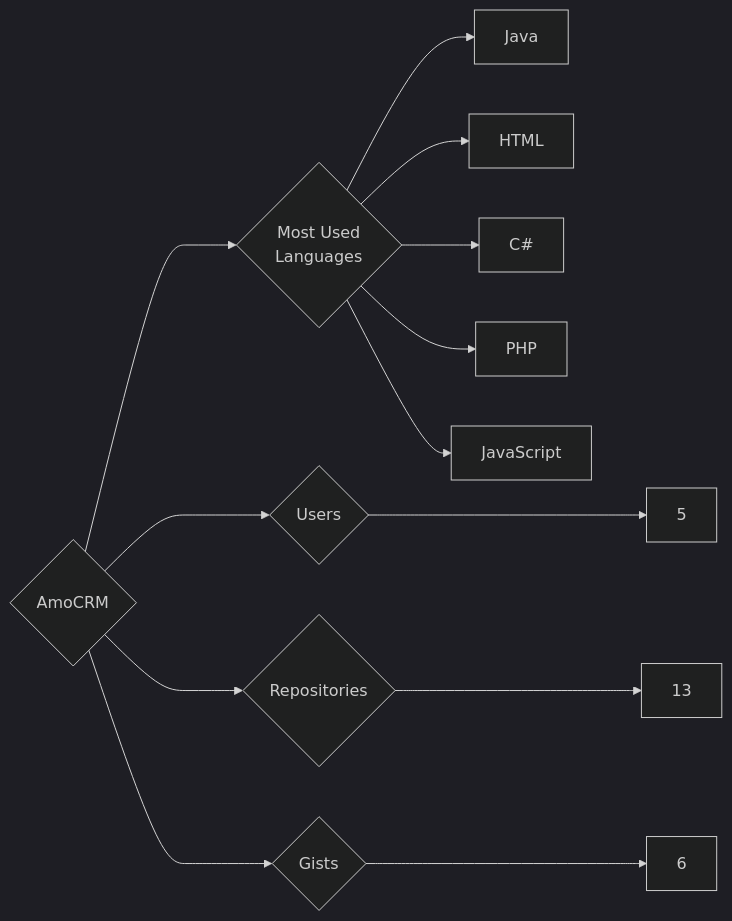
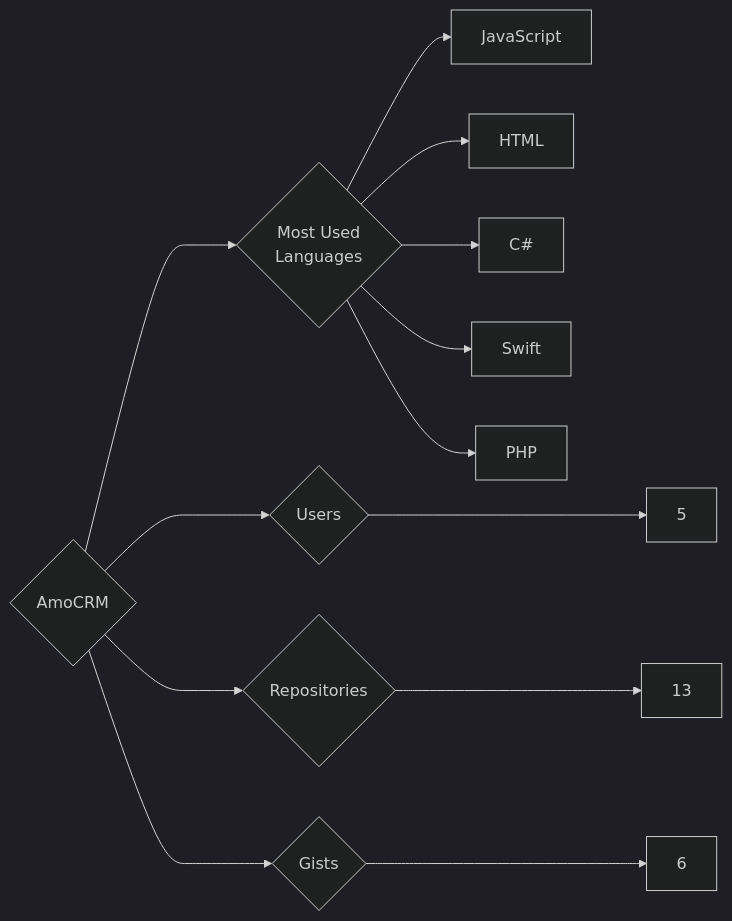
Before and after one commit to trickest/insiders: the diagram in targets/AmoCRM/README.md, drawn with Mermaid (dark theme). The commit also changed 988 other files, not shown here.

````diff
--- a/targets/AmoCRM/README.md
+++ b/targets/AmoCRM/README.md
@@ -3,13 +3,13 @@
 ```mermaid
 graph LR
 COMPANY_NAME{AmoCRM}
 COMPANY_NAME ---> U{Users} ---> UN[5]
 COMPANY_NAME ---> R{Repositories} ---> RN[13]
 COMPANY_NAME ---> G{Gists} ---> GN[6]
 COMPANY_NAME ---> ML{Most Used<br>Languages}
-ML --> Java[Java]
+ML --> JavaScript[JavaScript]
 ML --> HTML[HTML]
 ML --> C#[C#]
+ML --> Swift[Swift]
 ML --> PHP[PHP]
-ML --> JavaScript[JavaScript]
 ```
````
